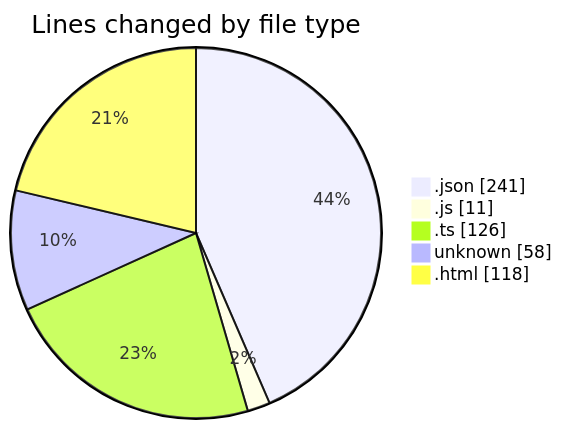
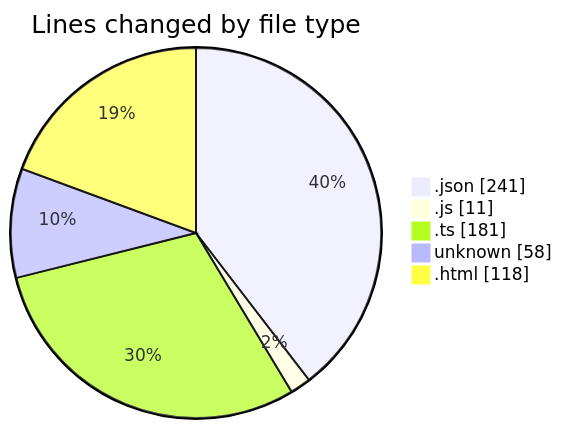
The first of 2 diagrams in 2025-05-12/news-clock-system-caspercg/README.md (momahboobian/code-tracking), drawn with Mermaid before and after one commit. The commit also changed other lines of this file and 1 other file, not shown here.

````diff
--- a/2025-05-12/news-clock-system-caspercg/README.md
+++ b/2025-05-12/news-clock-system-caspercg/README.md
@@ -26,9 +29,9 @@
 ```mermaid
 pie showData
 title Lines changed by file type
 ".json" : 241
 ".js" : 11
-".ts" : 126
+".ts" : 181
 "unknown" : 58
 ".html" : 118
 ```
````
